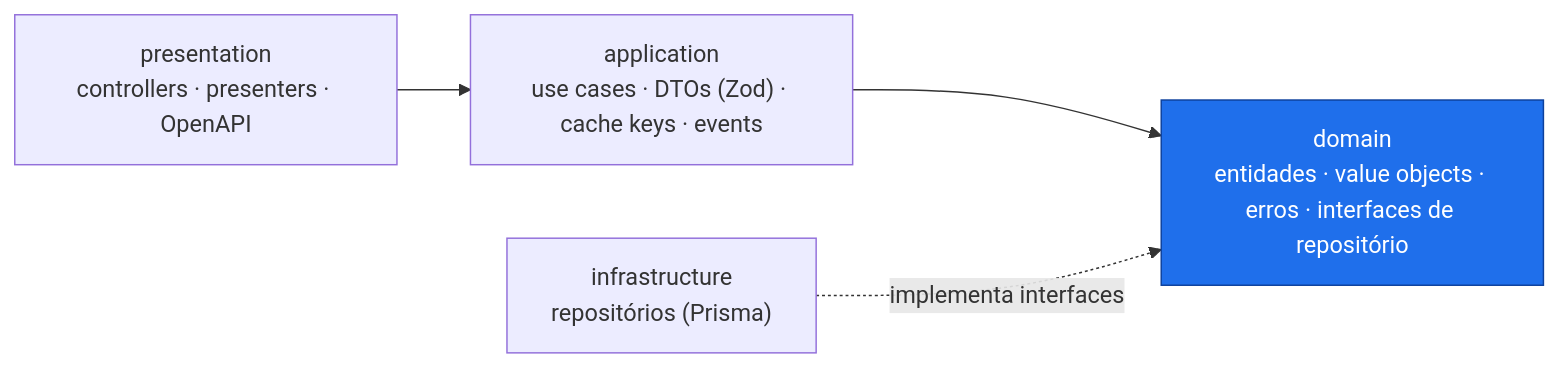
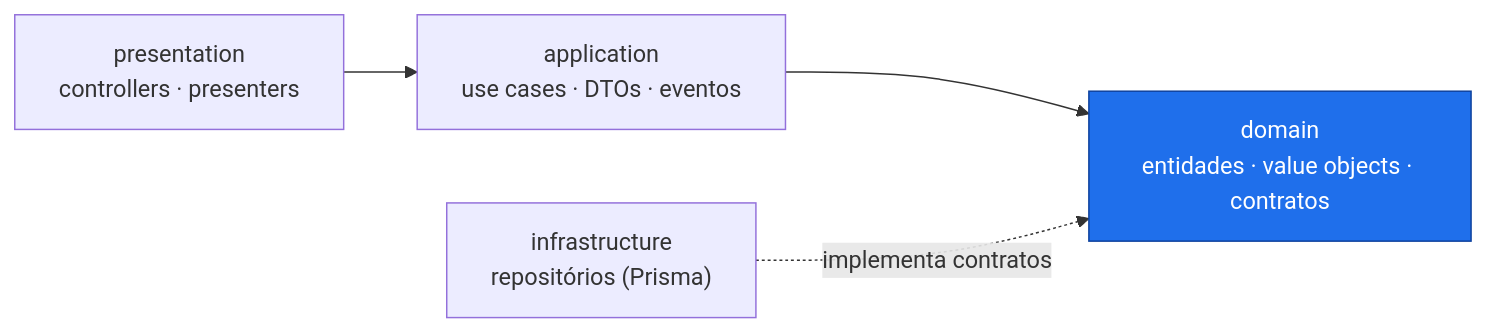
One commit to periclesmatos/order-flow changed the first of 2 diagrams in README.md. Above: the diagram before and after it, drawn with Mermaid. The commit also changed other lines of this file, not shown here.

````diff
--- a/README.md
+++ b/README.md
@@ -46,13 +25,12 @@
 ```mermaid
 flowchart LR
-    P["presentation<br/>controllers · presenters · OpenAPI"]
-    A["application<br/>use cases · DTOs (Zod) · cache keys · events"]
-    D["domain<br/>entidades · value objects · erros · interfaces de repositório"]
+    P["presentation<br/>controllers · presenters"]
+    A["application<br/>use cases · DTOs · eventos"]
+    D["domain<br/>entidades · value objects · contratos"]
     I["infrastructure<br/>repositórios (Prisma)"]
 
-    P --> A
-    A --> D
-    I -. implementa interfaces .-> D
+    P --> A --> D
+    I -. implementa contratos .-> D
 
     style D fill:#1f6feb,stroke:#0d419d,color:#fff
 ```
````
